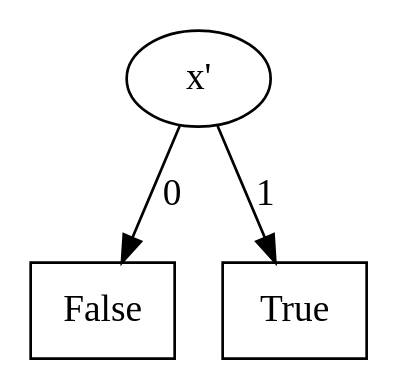
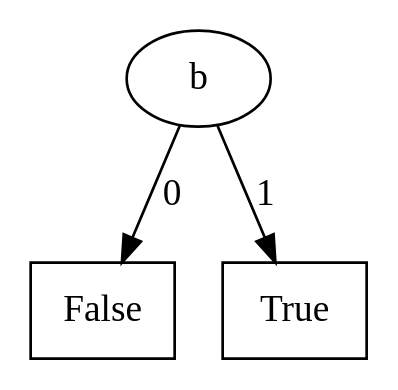
The diagram in Mu-calculus_model_checker/f1.dot (lputruele/tesis), drawn with Graphviz before and after one commit. The commit also changed 10 other files, not shown here.

```diff
--- a/Mu-calculus_model_checker/f1.dot
+++ b/Mu-calculus_model_checker/f1.dot
@@ -1,15 +1,15 @@
 digraph BDD {
 node[shape=oval];
-2[label="x'"];
+2[label="b"];
 node[shape=rectangle];
 0[label=False];
 node[shape=oval];
 
 2->0[label=0];
 node[shape=rectangle];
 1[label=True];
 node[shape=oval];
 
 2->1[label=1];
 
 }
```
